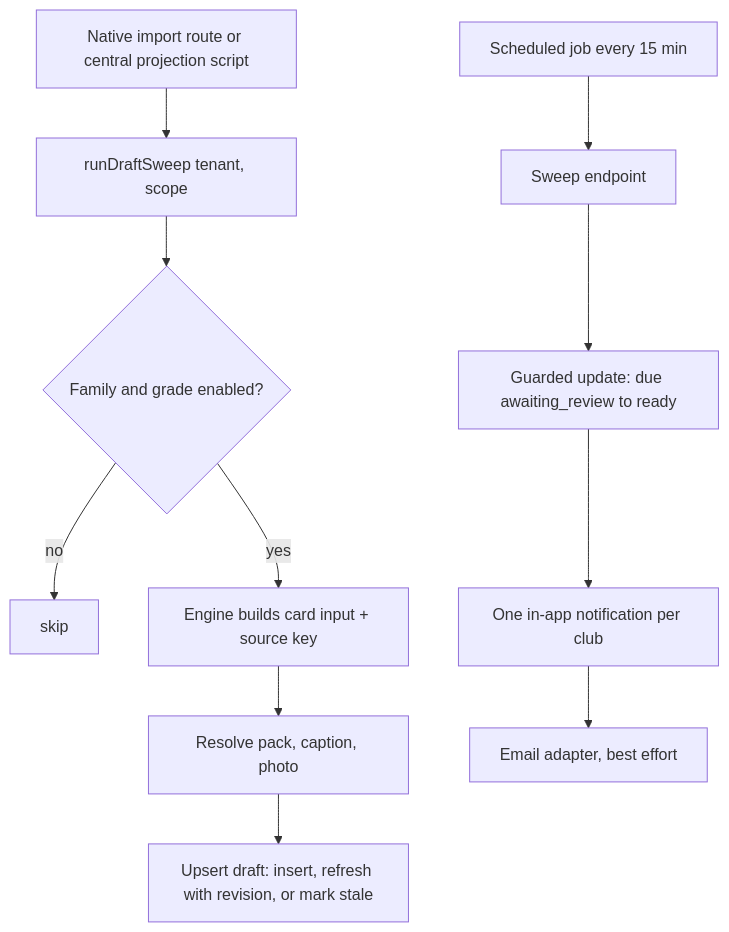
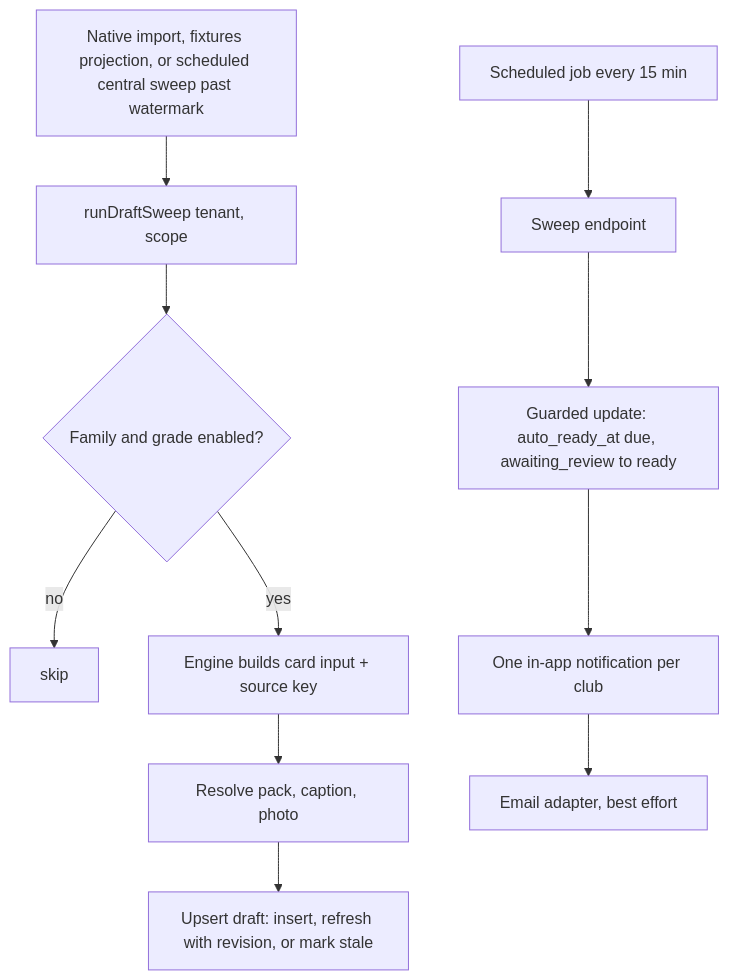
The second of 2 diagrams in docs/plans/2026-09-24-001-feat-social-studio-automation-plan.md (AWyborn2/Ovation), drawn with Mermaid before and after one commit. The commit also changed other lines of this file, not shown here.

First line of the commit message:
docs: apply document-review fixes to the Social Studio plan

````diff
--- a/docs/plans/2026-09-24-001-feat-social-studio-automation-plan.md
+++ b/docs/plans/2026-09-24-001-feat-social-studio-automation-plan.md
@@ -202,13 +204,13 @@
 ```mermaid
 flowchart TB
-  A[Native import route or central projection script] --> B[runDraftSweep tenant, scope]
+  A[Native import, fixtures projection, or scheduled central sweep past watermark] --> B[runDraftSweep tenant, scope]
   B --> C{Family and grade enabled?}
   C -->|no| Z[skip]
   C -->|yes| D[Engine builds card input + source key]
   D --> E[Resolve pack, caption, photo]
   E --> F[Upsert draft: insert, refresh with revision, or mark stale]
   G[Scheduled job every 15 min] --> H[Sweep endpoint]
-  H --> I[Guarded update: due awaiting_review to ready]
+  H --> I[Guarded update: auto_ready_at due, awaiting_review to ready]
   I --> J[One in-app notification per club]
   J --> K[Email adapter, best effort]
 ```
````
